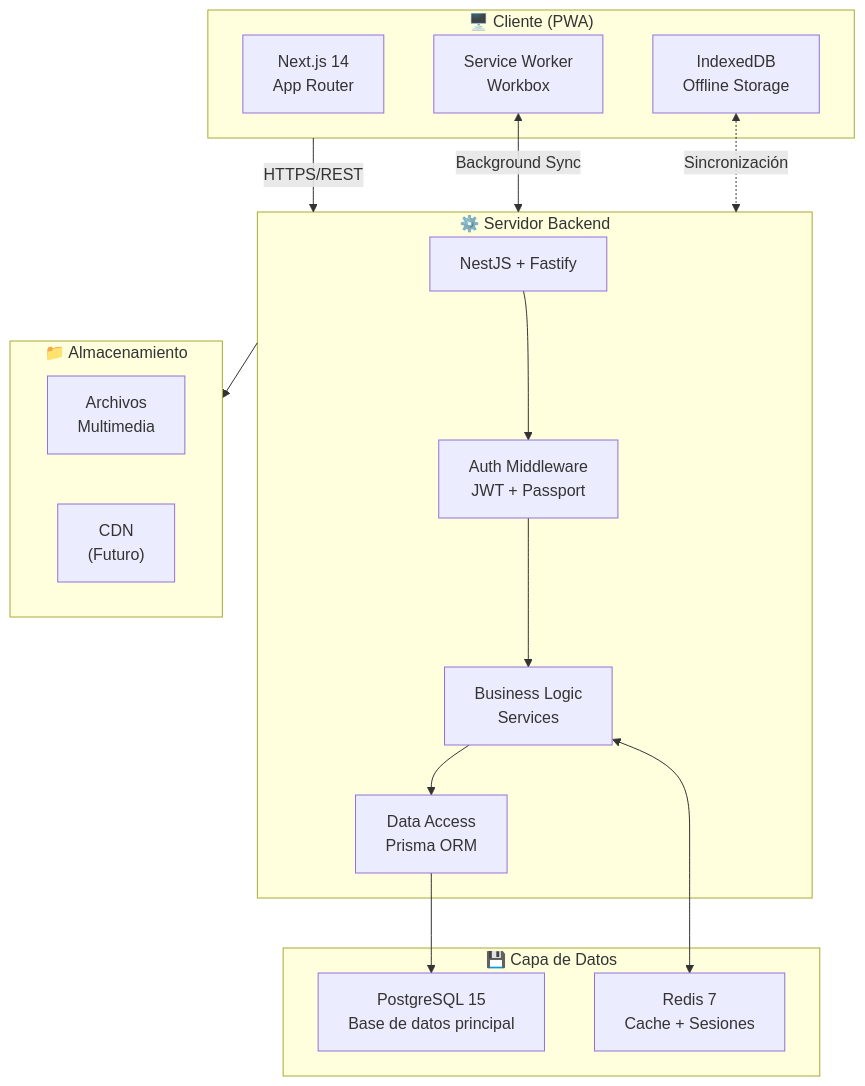
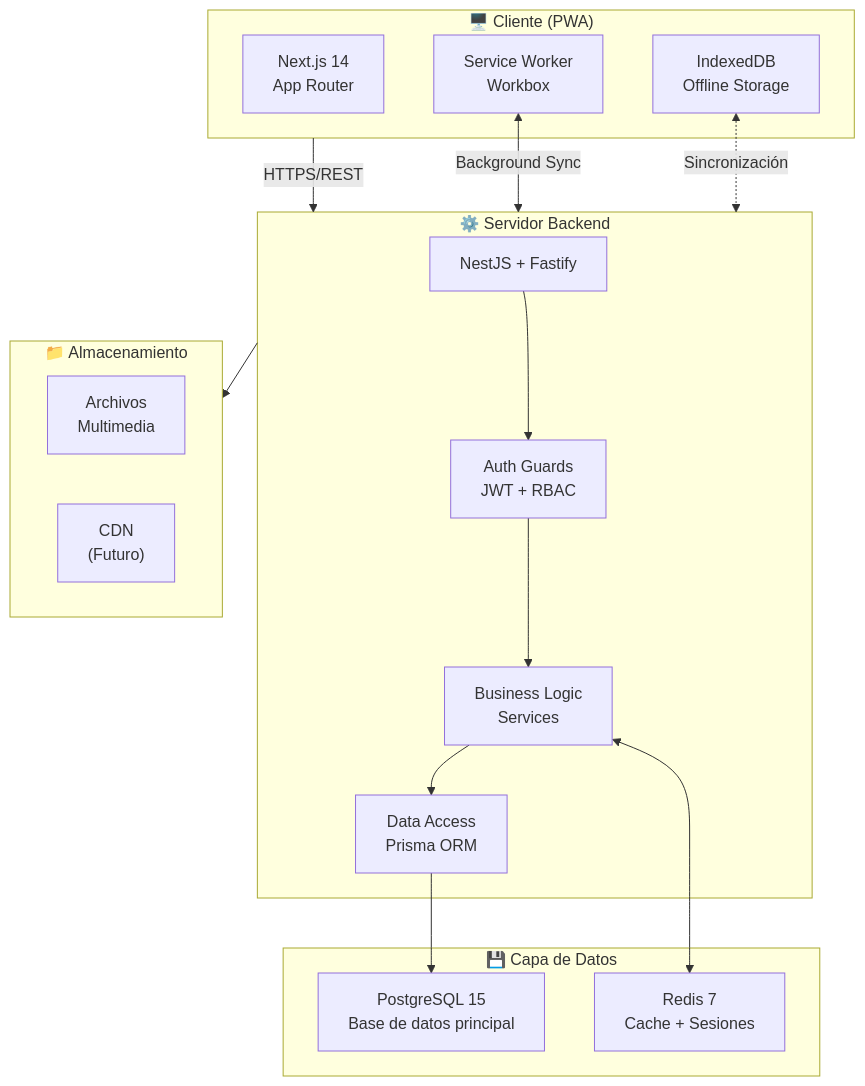
Before and after one commit to informaticadiaz/amauta: the first of 5 diagrams in docs/technical/architecture.md, drawn with Mermaid. The commit also changed other lines of this file and 3 other files, not shown here.

````diff
--- a/docs/technical/architecture.md
+++ b/docs/technical/architecture.md
@@ -16,37 +16,37 @@
 ```mermaid
 flowchart TB
     subgraph Cliente["🖥️ Cliente (PWA)"]
         NextJS["Next.js 14<br/>App Router"]
         SW["Service Worker<br/>Workbox"]
         IDB["IndexedDB<br/>Offline Storage"]
     end
 
     subgraph Backend["⚙️ Servidor Backend"]
         NestJS["NestJS + Fastify"]
-        Auth["Auth Middleware<br/>JWT + Passport"]
+        Auth["Auth Guards<br/>JWT + RBAC"]
         Services["Business Logic<br/>Services"]
         Prisma["Data Access<br/>Prisma ORM"]
     end
 
     subgraph Data["💾 Capa de Datos"]
         PG["PostgreSQL 15<br/>Base de datos principal"]
         Redis["Redis 7<br/>Cache + Sesiones"]
     end
 
     subgraph Storage["📁 Almacenamiento"]
         Files["Archivos<br/>Multimedia"]
         CDN["CDN<br/>(Futuro)"]
     end
 
     Cliente -->|HTTPS/REST| Backend
     SW <-->|Background Sync| Backend
     IDB <-.->|Sincronización| Backend
 
     NestJS --> Auth
     Auth --> Services
     Services --> Prisma
     Prisma --> PG
     Services <--> Redis
 
     Backend --> Storage
 ```
````
